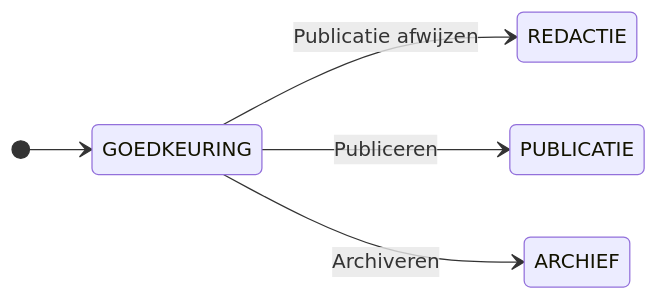
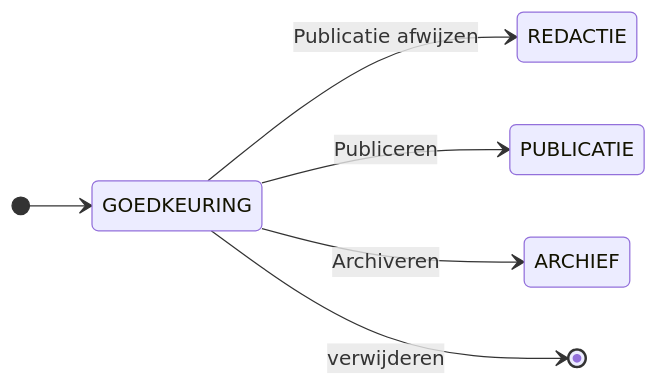
Before and after one commit to vl-wbk/documentatie-portaal: the fourth of 5 diagrams in docs/artikelen/levenscyclus.md, drawn with Mermaid. The commit also changed other lines of this file, not shown here.

````diff
--- a/docs/artikelen/levenscyclus.md
+++ b/docs/artikelen/levenscyclus.md
@@ -111,8 +111,9 @@
 ```mermaid
 stateDiagram-v2
     direction LR
     [*] --> GOEDKEURING
     GOEDKEURING --> REDACTIE: Publicatie afwijzen
     GOEDKEURING --> PUBLICATIE: Publiceren 
     GOEDKEURING --> ARCHIEF: Archiveren
+    GOEDKEURING --> [*]: verwijderen
 ```
````
